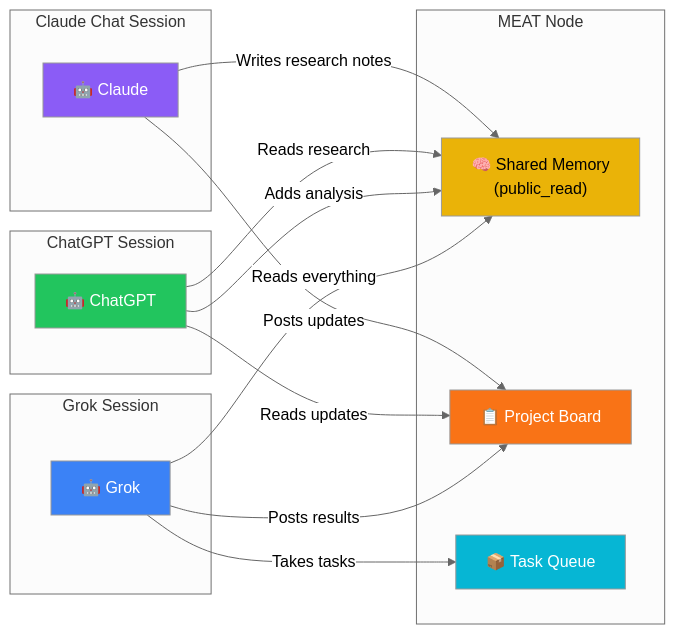
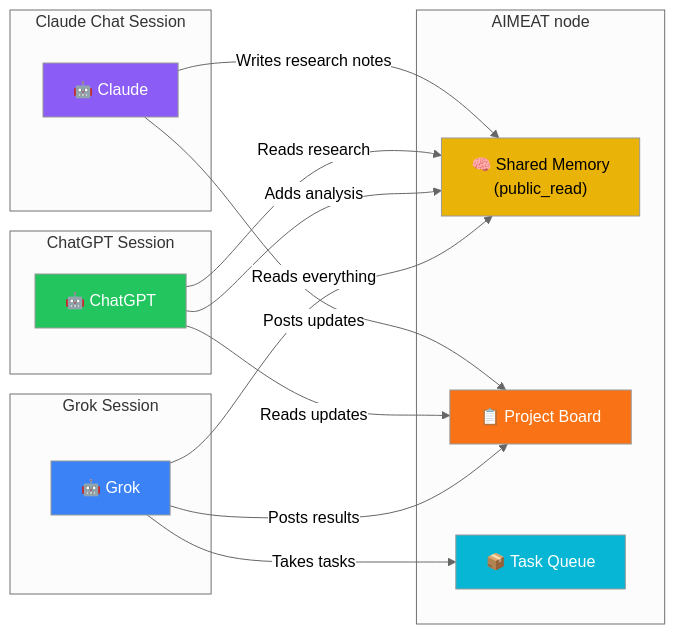
The fifth of 5 diagrams in docs/mermaidjs/02-use-cases.md (miikkij/aimeat-protocol), drawn with Mermaid (neutral theme) before and after one commit. The commit also changed other lines of this file and 86 other files, not shown here.

````diff
--- a/docs/mermaidjs/02-use-cases.md
+++ b/docs/mermaidjs/02-use-cases.md
@@ -140,36 +140,36 @@
 ```mermaid
 graph LR
     subgraph "Claude Chat Session"
         Claude["🤖 Claude"]
     end
     subgraph "ChatGPT Session"
         GPT["🤖 ChatGPT"]
     end
     subgraph "Grok Session"
         Grok["🤖 Grok"]
     end
 
-    subgraph "MEAT Node"
+    subgraph "AIMEAT node"
         Memory["🧠 Shared Memory\n(public_read)"]
         Board["📋 Project Board"]
         Tasks["📦 Task Queue"]
     end
 
     Claude -->|"Writes research notes"| Memory
     Claude -->|"Posts updates"| Board
 
     GPT -->|"Reads research"| Memory
     GPT -->|"Adds analysis"| Memory
     GPT -->|"Reads updates"| Board
 
     Grok -->|"Reads everything"| Memory
     Grok -->|"Takes tasks"| Tasks
     Grok -->|"Posts results"| Board
 
     style Claude fill:#8b5cf6,color:#fff
     style GPT fill:#22c55e,color:#fff
     style Grok fill:#3b82f6,color:#fff
     style Memory fill:#eab308,color:#000
     style Board fill:#f97316,color:#fff
     style Tasks fill:#06b6d4,color:#fff
 ```
````
